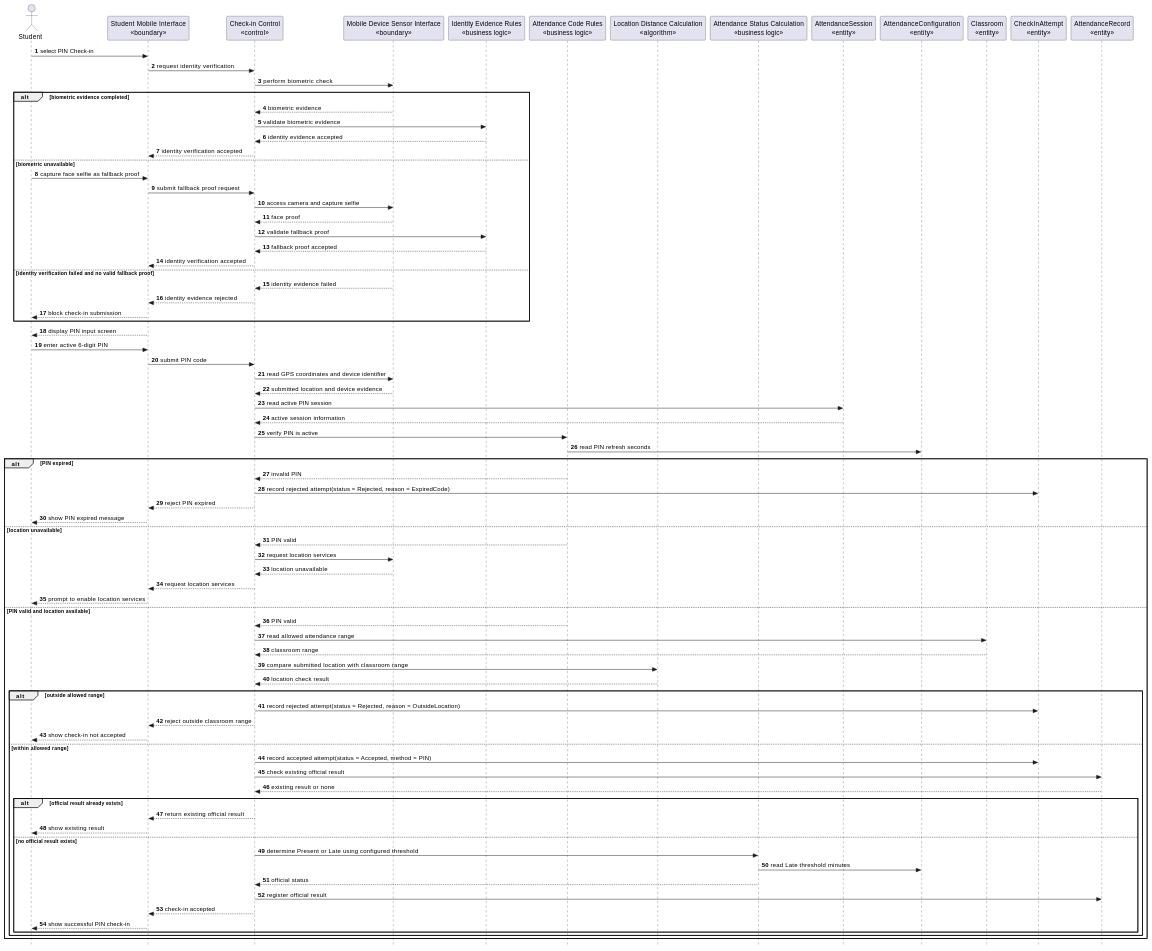
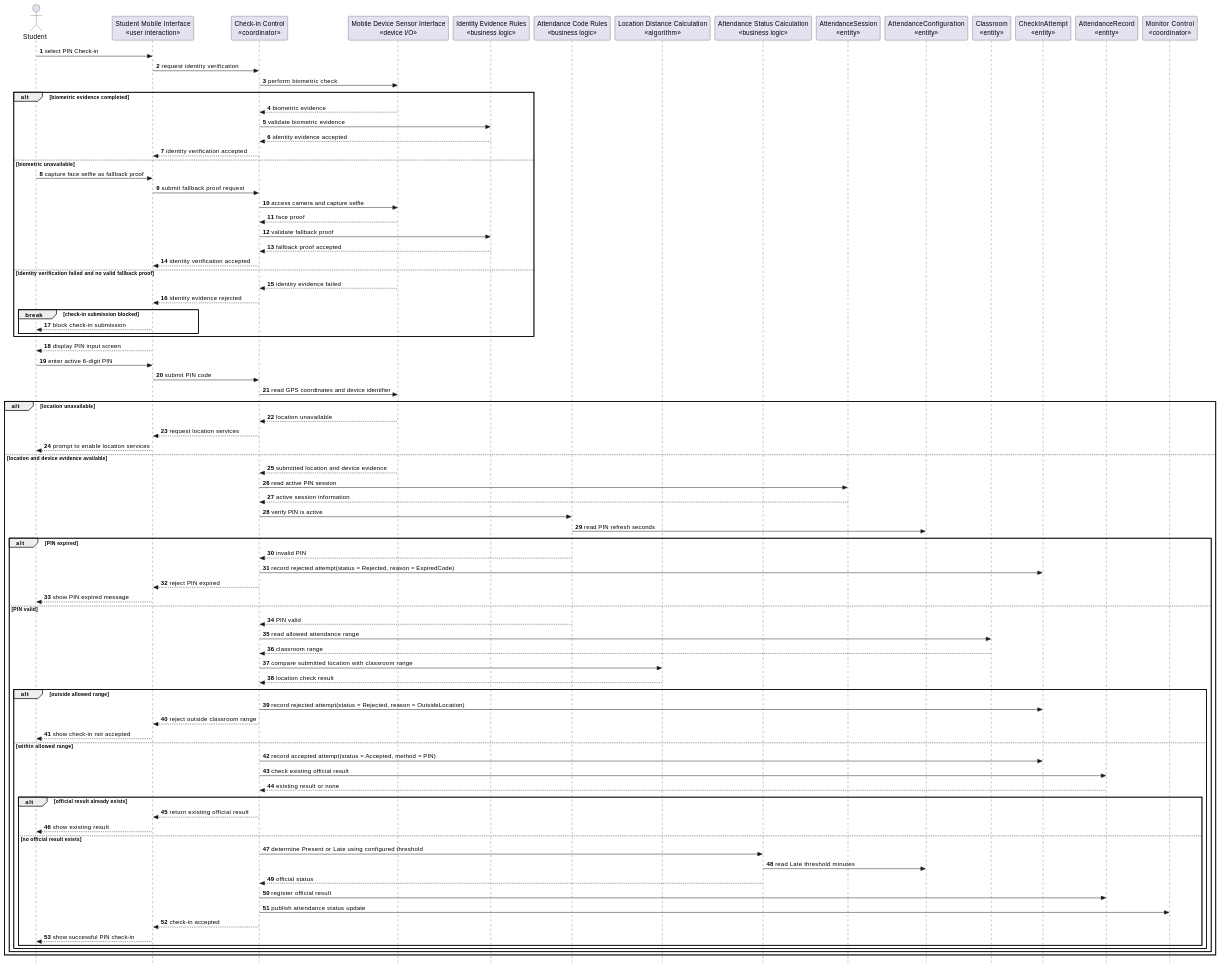
Diagram 13 of 29 in docs/sds/2_Analysis.md (nttung42/SWD392), drawn with PlantUML before and after one commit. The commit also changed other lines of this file and 1 other file, not shown here.

```diff
--- a/docs/sds/2_Analysis.md
+++ b/docs/sds/2_Analysis.md
@@ -580,9 +621,9 @@
 skinparam style strictuml
 autonumber
 actor "Student" as Student
-participant "Student Mobile Interface\n«boundary»" as StudentUI
-participant "Check-in Control\n«control»" as CheckInControl
-participant "Mobile Device Sensor Interface\n«boundary»" as MobileSensor
+participant "Student Mobile Interface\n«user interaction»" as StudentUI
+participant "Check-in Control\n«coordinator»" as CheckInControl
+participant "Mobile Device Sensor Interface\n«device I/O»" as MobileSensor
 participant "Identity Evidence Rules\n«business logic»" as IdentityRules
 participant "Attendance Code Rules\n«business logic»" as CodeRules
 participant "Location Distance Calculation\n«algorithm»" as DistanceCalc
@@ -592,6 +633,7 @@
 participant "Classroom\n«entity»" as Classroom
 participant "CheckInAttempt\n«entity»" as CheckInAttempt
 participant "AttendanceRecord\n«entity»" as AttendanceRecord
+participant "Monitor Control\n«coordinator»" as MonitorControl
 
 Student -> StudentUI : select PIN Check-in
 StudentUI -> CheckInControl : request identity verification
@@ -613,55 +655,58 @@
 else identity verification failed and no valid fallback proof
   MobileSensor --> CheckInControl : identity evidence failed
   CheckInControl --> StudentUI : identity evidence rejected
-  StudentUI --> Student : block check-in submission
+  break check-in submission blocked
+    StudentUI --> Student : block check-in submission
+  end
 end
 
 StudentUI --> Student : display PIN input screen
 Student -> StudentUI : enter active 6-digit PIN
 StudentUI -> CheckInControl : submit PIN code
 CheckInControl -> MobileSensor : read GPS coordinates and device identifier
-MobileSensor --> CheckInControl : submitted location and device evidence
-CheckInControl -> AttendanceSession : read active PIN session
-AttendanceSession --> CheckInControl : active session information
-CheckInControl -> CodeRules : verify PIN is active
-CodeRules -> AttendanceConfig : read PIN refresh seconds
-
-alt PIN expired
-  CodeRules --> CheckInControl : invalid PIN
-  CheckInControl -> CheckInAttempt : record rejected attempt(status = Rejected, reason = ExpiredCode)
-  CheckInControl --> StudentUI : reject PIN expired
-  StudentUI --> Student : show PIN expired message
-else location unavailable
-  CodeRules --> CheckInControl : PIN valid
-  CheckInControl -> MobileSensor : request location services
+alt location unavailable
   MobileSensor --> CheckInControl : location unavailable
   CheckInControl --> StudentUI : request location services
   StudentUI --> Student : prompt to enable location services
-else PIN valid and location available
-  CodeRules --> CheckInControl : PIN valid
-  CheckInControl -> Classroom : read allowed attendance range
-  Classroom --> CheckInControl : classroom range
-  CheckInControl -> DistanceCalc : compare submitted location with classroom range
-  DistanceCalc --> CheckInControl : location check result
+else location and device evidence available
+  MobileSensor --> CheckInControl : submitted location and device evidence
+  CheckInControl -> AttendanceSession : read active PIN session
+  AttendanceSession --> CheckInControl : active session information
+  CheckInControl -> CodeRules : verify PIN is active
+  CodeRules -> AttendanceConfig : read PIN refresh seconds
 
-  alt outside allowed range
-    CheckInControl -> CheckInAttempt : record rejected attempt(status = Rejected, reason = OutsideLocation)
-    CheckInControl --> StudentUI : reject outside classroom range
-    StudentUI --> Student : show check-in not accepted
-  else within allowed range
-    CheckInControl -> CheckInAttempt : record accepted attempt(status = Accepted, method = PIN)
-    CheckInControl -> AttendanceRecord : check existing official result
-    AttendanceRecord --> CheckInControl : existing result or none
-    alt official result already exists
-      CheckInControl --> StudentUI : return existing official result
-      StudentUI --> Student : show existing result
-    else no official result exists
-      CheckInControl -> StatusRules : determine Present or Late using configured threshold
-      StatusRules -> AttendanceConfig : read Late threshold minutes
-      StatusRules --> CheckInControl : official status
-      CheckInControl -> AttendanceRecord : register official result
-      CheckInControl --> StudentUI : check-in accepted
-      StudentUI --> Student : show successful PIN check-in
+  alt PIN expired
+    CodeRules --> CheckInControl : invalid PIN
+    CheckInControl -> CheckInAttempt : record rejected attempt(status = Rejected, reason = ExpiredCode)
+    CheckInControl --> StudentUI : reject PIN expired
+    StudentUI --> Student : show PIN expired message
+  else PIN valid
+    CodeRules --> CheckInControl : PIN valid
+    CheckInControl -> Classroom : read allowed attendance range
+    Classroom --> CheckInControl : classroom range
+    CheckInControl -> DistanceCalc : compare submitted location with classroom range
+    DistanceCalc --> CheckInControl : location check result
+
+    alt outside allowed range
+      CheckInControl -> CheckInAttempt : record rejected attempt(status = Rejected, reason = OutsideLocation)
+      CheckInControl --> StudentUI : reject outside classroom range
+      StudentUI --> Student : show check-in not accepted
+    else within allowed range
+      CheckInControl -> CheckInAttempt : record accepted attempt(status = Accepted, method = PIN)
+      CheckInControl -> AttendanceRecord : check existing official result
+      AttendanceRecord --> CheckInControl : existing result or none
+      alt official result already exists
+        CheckInControl --> StudentUI : return existing official result
+        StudentUI --> Student : show existing result
+      else no official result exists
+        CheckInControl -> StatusRules : determine Present or Late using configured threshold
+        StatusRules -> AttendanceConfig : read Late threshold minutes
+        StatusRules --> CheckInControl : official status
+        CheckInControl -> AttendanceRecord : register official result
+        CheckInControl -> MonitorControl : publish attendance status update
+        CheckInControl --> StudentUI : check-in accepted
+        StudentUI --> Student : show successful PIN check-in
+      end
     end
   end
 end
```
